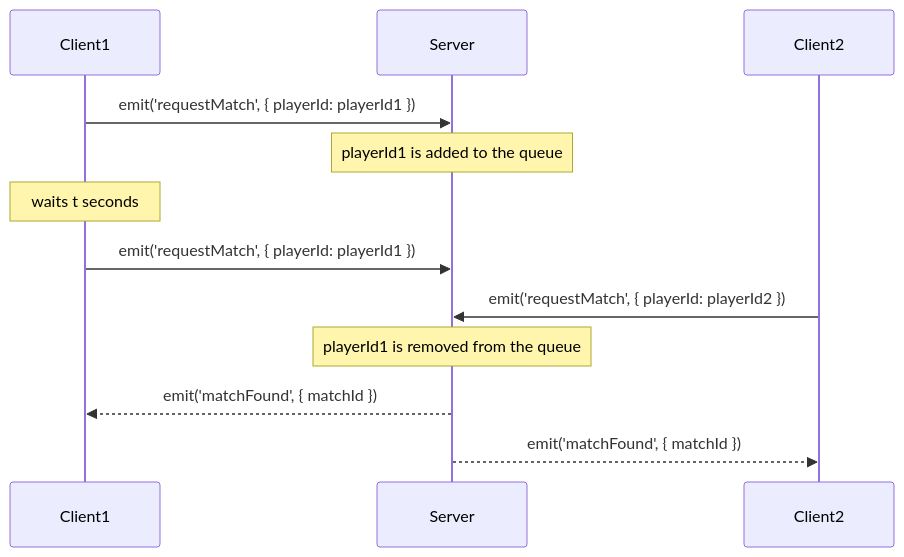
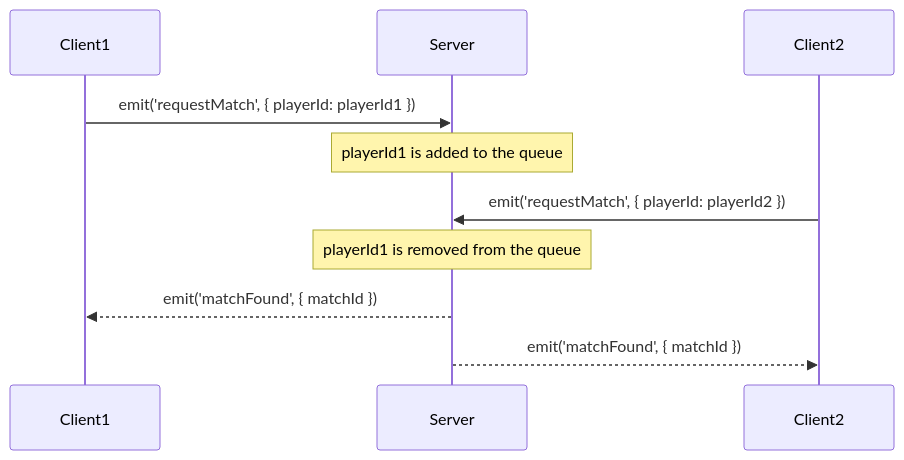
Before and after one commit to AndreaB2000/ASW-project: the sixth of 6 diagrams in docs/report.md, drawn with Mermaid. The commit also changed other lines of this file, not shown here.

````diff
--- a/docs/report.md
+++ b/docs/report.md
@@ -455,17 +445,15 @@
 ```mermaid
 sequenceDiagram
    participant Client1
    participant Server
    participant Client2
 
    Client1->>Server: emit('requestMatch', { playerId: playerId1 })
    Note over Server: playerId1 is added to the queue
-   Note over Client1: waits t seconds
-   Client1->>Server: emit('requestMatch', { playerId: playerId1 })
 
    Client2->>Server: emit('requestMatch', { playerId: playerId2 })
 
    Note over Server: playerId1 is removed from the queue
    Server-->>Client1: emit('matchFound', { matchId })
    Server-->>Client2: emit('matchFound', { matchId })
 ```
````
